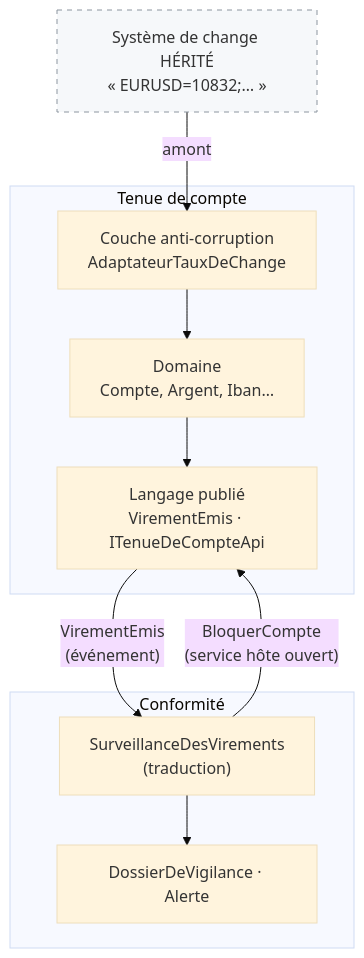
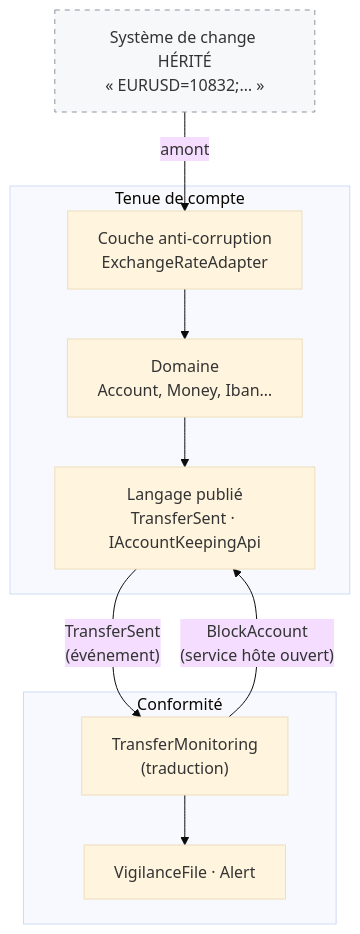
One commit to drangoht/ArchitecturesDemo changed the second of 4 diagrams in Docs/11-ddd.md. Above: the diagram before and after it, drawn with Mermaid (base theme). The commit also changed other lines of this file and 70 other files, not shown here.

Commit message:
Docs FR : identifiants, liens, diagrammes et sorties alignés sur le code anglais

````diff
--- a/Docs/11-ddd.md
+++ b/Docs/11-ddd.md
@@ -49,21 +49,21 @@
 ```mermaid
 flowchart TB
     H["Système de change HÉRITÉ<br/>« EURUSD=10832;… »"]
     subgraph TDC["Tenue de compte"]
-        ACL["Couche anti-corruption<br/>AdaptateurTauxDeChange"]
-        Dom["Domaine<br/>Compte, Argent, Iban…"]
-        PL["Langage publié<br/>VirementEmis · ITenueDeCompteApi"]
+        ACL["Couche anti-corruption<br/>ExchangeRateAdapter"]
+        Dom["Domaine<br/>Account, Money, Iban…"]
+        PL["Langage publié<br/>TransferSent · IAccountKeepingApi"]
         ACL --> Dom --> PL
     end
     subgraph CONF["Conformité"]
-        Surv["SurveillanceDesVirements<br/>(traduction)"]
-        Dos["DossierDeVigilance · Alerte"]
+        Surv["TransferMonitoring<br/>(traduction)"]
+        Dos["VigilanceFile · Alert"]
         Surv --> Dos
     end
     H -->|"amont"| ACL
-    PL -->|"VirementEmis<br/>(événement)"| Surv
-    Surv -->|"BloquerCompte<br/>(service hôte ouvert)"| PL
+    PL -->|"TransferSent<br/>(événement)"| Surv
+    Surv -->|"BlockAccount<br/>(service hôte ouvert)"| PL
 
     classDef ext fill:#f6f8fa,stroke:#8c959f,stroke-dasharray: 5 5
     class H ext
 ```
````
